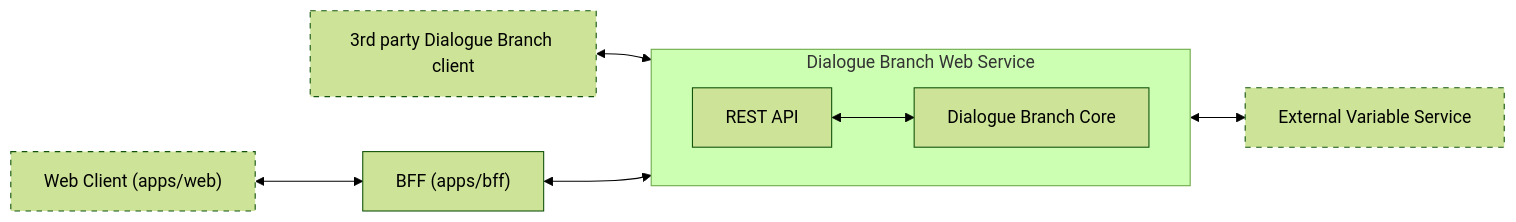
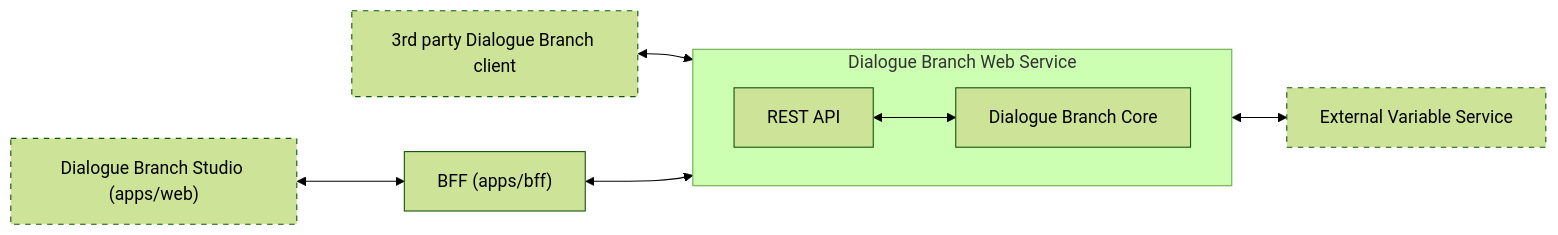
Before and after one commit to dialoguebranch/platform: the diagram in documentation/vitepress/docs/web-services/index.md, drawn with Mermaid (forest theme). The commit also changed other lines of this file and 19 other files, not shown here.

````diff
--- a/documentation/vitepress/docs/web-services/index.md
+++ b/documentation/vitepress/docs/web-services/index.md
@@ -7,22 +5,22 @@
 ```mermaid
 flowchart LR
     Client["3rd party Dialogue Branch client"]
-    WebClient["Web Client (apps/web)"]
+    WebClient["Dialogue Branch Studio (apps/web)"]
     BFF["BFF (apps/bff)"]
     EVS["External Variable Service"]
 
     subgraph WS["Dialogue Branch Web Service"]
         direction LR
         API["REST API"]
         Core["Dialogue Branch Core"]
         API <--> Core
     end
 
     Client <--> WS
     WebClient <--> BFF
     BFF <--> WS
     WS <--> EVS
 
     classDef external stroke-dasharray: 5 5
     class Client,WebClient,EVS external
 ```
````
